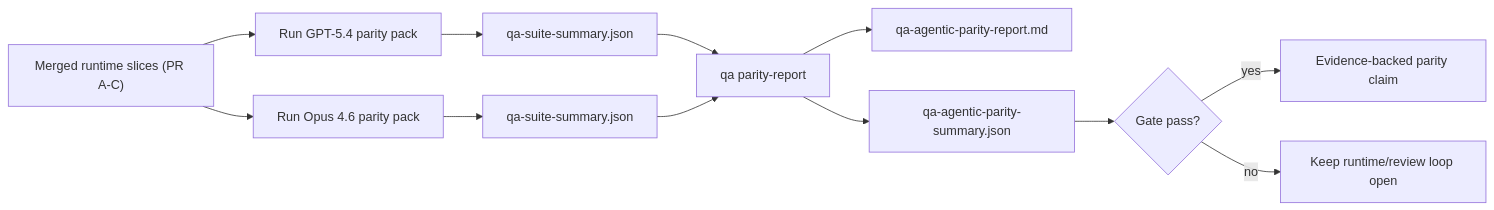
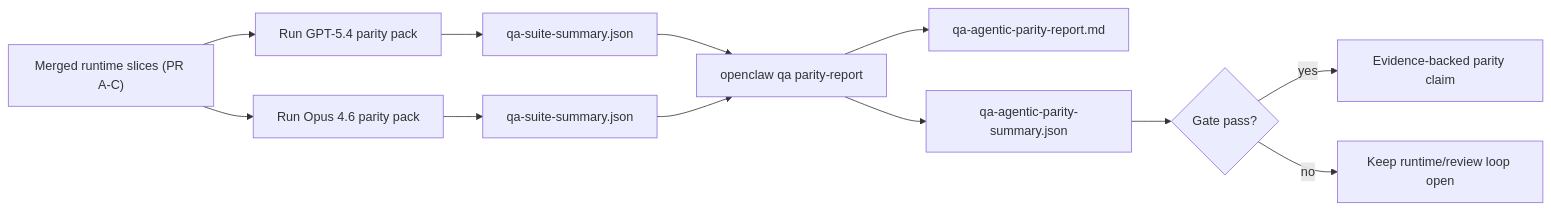
The second of 2 diagrams in docs/help/gpt54-codex-agentic-parity.md (Kaiji-Z/kaijibot), drawn with Mermaid before and after one commit. The commit also changed other lines of this file and 5 other files, not shown here.

````diff
--- a/docs/help/gpt54-codex-agentic-parity.md
+++ b/docs/help/gpt54-codex-agentic-parity.md
@@ -115,14 +115,14 @@
 ```mermaid
 flowchart LR
     A["Merged runtime slices (PR A-C)"] --> B["Run GPT-5.4 parity pack"]
     A --> C["Run Opus 4.6 parity pack"]
     B --> D["qa-suite-summary.json"]
     C --> E["qa-suite-summary.json"]
-    D --> F["qa parity-report"]
+    D --> F["openclaw qa parity-report"]
     E --> F
     F --> G["qa-agentic-parity-report.md"]
     F --> H["qa-agentic-parity-summary.json"]
     H --> I{"Gate pass?"}
     I -- "yes" --> J["Evidence-backed parity claim"]
     I -- "no" --> K["Keep runtime/review loop open"]
 ```
````
